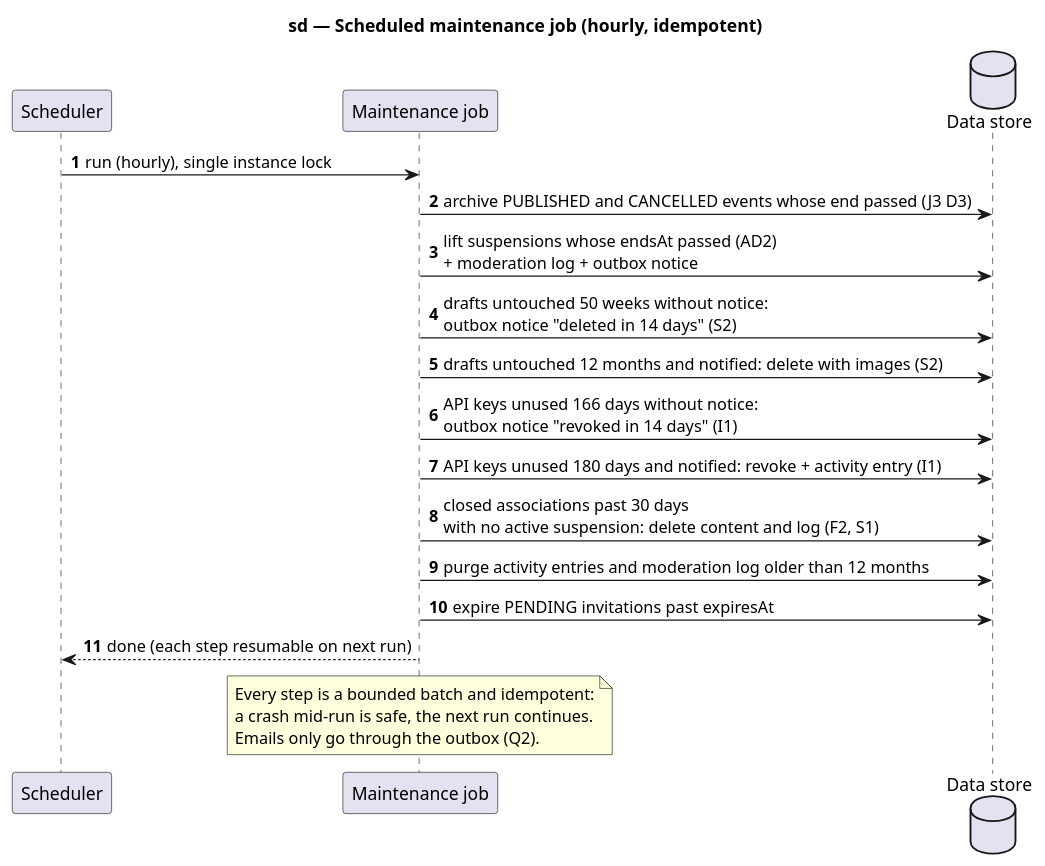
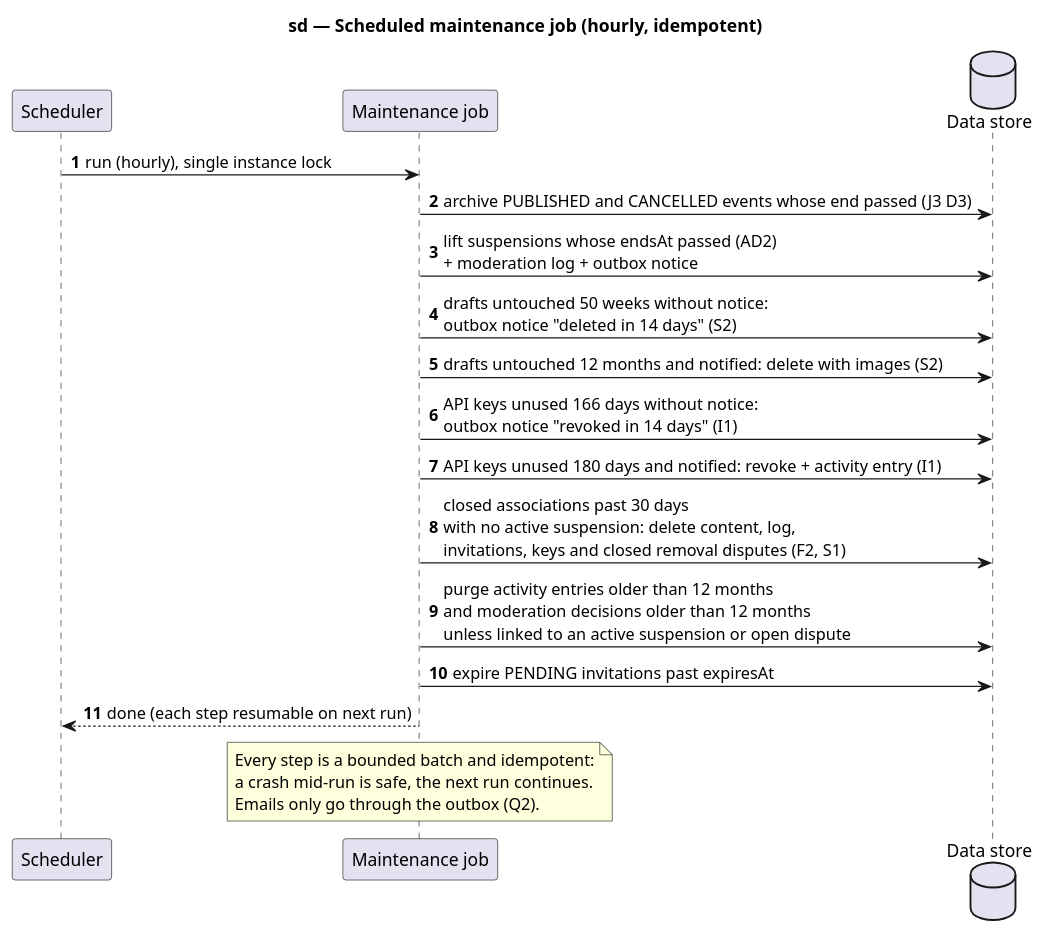
One commit to benoit-bremaud/HappiHub changed the diagram in docs/architecture/diagrams/v1-events/02d-sequence-scheduled-job.puml. Above: the diagram before and after it, drawn with PlantUML. The commit also changed 14 other files, not shown here.

First line of the commit message:
docs(uml): apply review to class and sequence diagrams

```diff
--- a/docs/architecture/diagrams/v1-events/02d-sequence-scheduled-job.puml
+++ b/docs/architecture/diagrams/v1-events/02d-sequence-scheduled-job.puml
@@ -1,25 +1,25 @@
 @startuml
 title sd — Scheduled maintenance job (hourly, idempotent)
 skinparam shadowing false
 autonumber
 participant "Scheduler" as S
 participant "Maintenance job" as J
 database "Data store" as D
 
 S -> J : run (hourly), single instance lock
 J -> D : archive PUBLISHED and CANCELLED events whose end passed (J3 D3)
 J -> D : lift suspensions whose endsAt passed (AD2)\n+ moderation log + outbox notice
 J -> D : drafts untouched 50 weeks without notice:\noutbox notice "deleted in 14 days" (S2)
 J -> D : drafts untouched 12 months and notified: delete with images (S2)
 J -> D : API keys unused 166 days without notice:\noutbox notice "revoked in 14 days" (I1)
 J -> D : API keys unused 180 days and notified: revoke + activity entry (I1)
-J -> D : closed associations past 30 days\nwith no active suspension: delete content and log (F2, S1)
-J -> D : purge activity entries and moderation log older than 12 months
+J -> D : closed associations past 30 days\nwith no active suspension: delete content, log,\ninvitations, keys and closed removal disputes (F2, S1)
+J -> D : purge activity entries older than 12 months\nand moderation decisions older than 12 months\nunless linked to an active suspension or open dispute
 J -> D : expire PENDING invitations past expiresAt
 J --> S : done (each step resumable on next run)
 note over J
   Every step is a bounded batch and idempotent:
   a crash mid-run is safe, the next run continues.
   Emails only go through the outbox (Q2).
 end note
 @enduml
```
